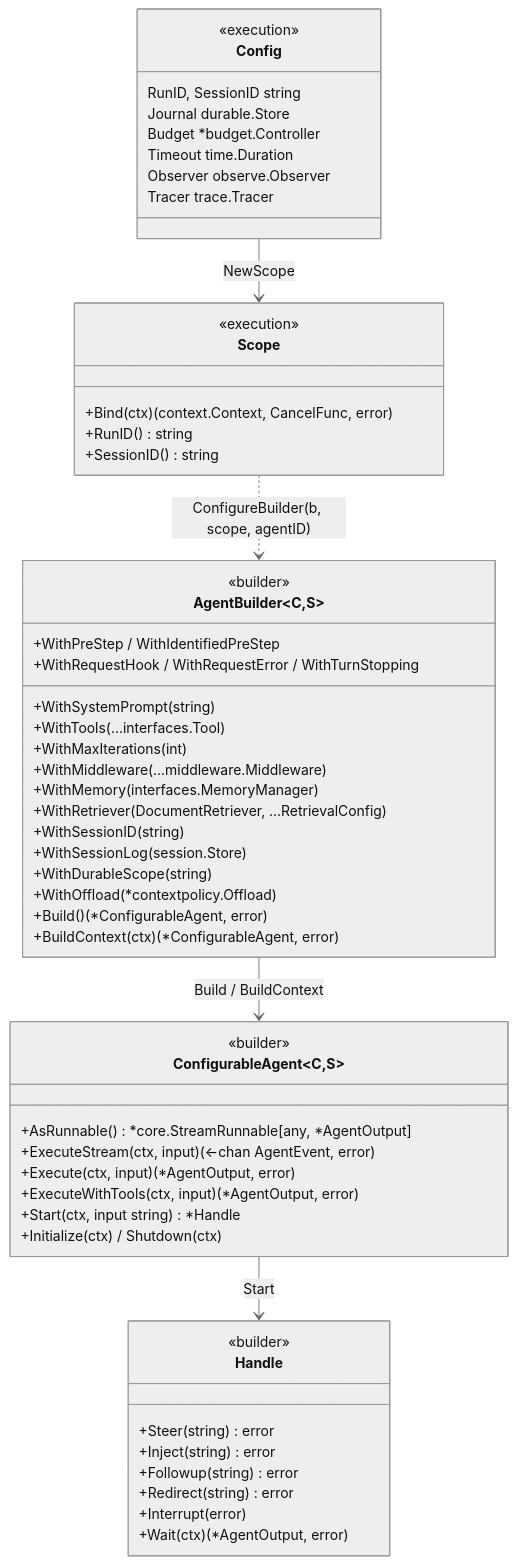
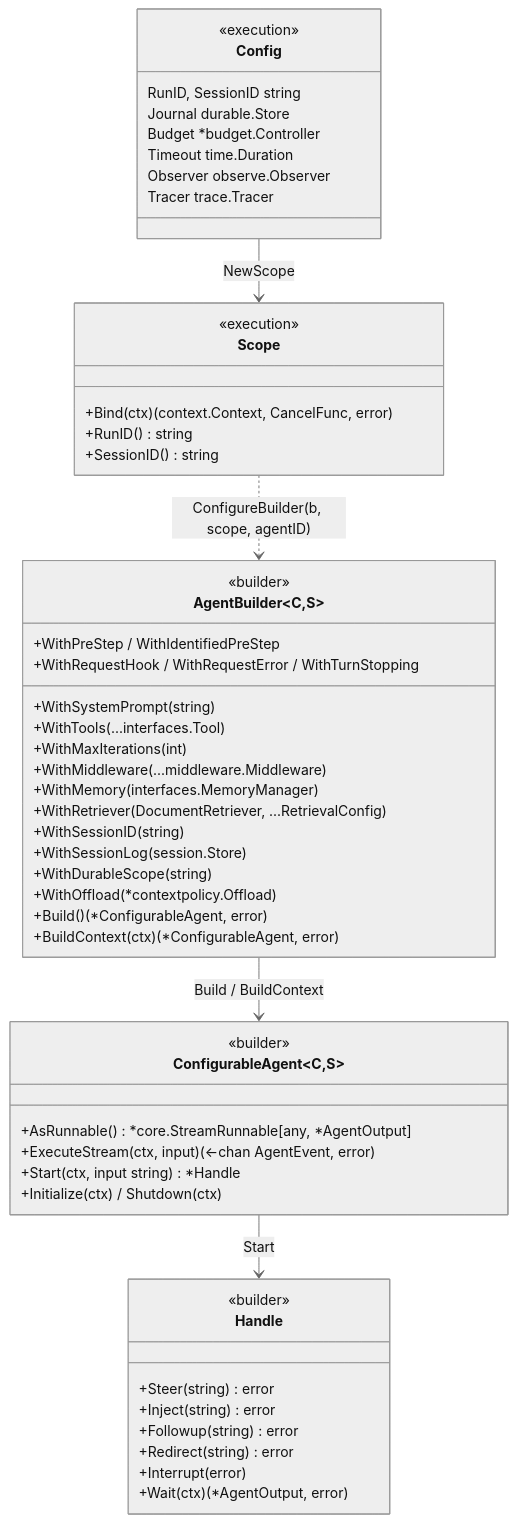
The first of 5 diagrams in docs/architecture/COMPONENT_DIAGRAM.md (kart-io/goagent), drawn with Mermaid (neutral theme) before and after one commit. The commit also changed other lines of this file and 99 other files, not shown here.

First line of the commit message:
refactor(builder)!: 下线 Execute、ExecuteWithTools 与旧工具调用接口

````diff
--- a/docs/architecture/COMPONENT_DIAGRAM.md
+++ b/docs/architecture/COMPONENT_DIAGRAM.md
@@ -7,57 +7,55 @@
 ```mermaid
 classDiagram
     class AgentBuilder~C,S~ {
         <<builder>>
         +WithSystemPrompt(string)
         +WithTools(...interfaces.Tool)
         +WithMaxIterations(int)
         +WithMiddleware(...middleware.Middleware)
         +WithMemory(interfaces.MemoryManager)
         +WithRetriever(DocumentRetriever, ...RetrievalConfig)
         +WithSessionID(string)
         +WithSessionLog(session.Store)
         +WithDurableScope(string)
         +WithPreStep / WithIdentifiedPreStep
         +WithRequestHook / WithRequestError / WithTurnStopping
         +WithOffload(*contextpolicy.Offload)
         +Build() (*ConfigurableAgent, error)
         +BuildContext(ctx) (*ConfigurableAgent, error)
     }
     class ConfigurableAgent~C,S~ {
         <<builder>>
         +AsRunnable() *core.StreamRunnable[any, *AgentOutput]
         +ExecuteStream(ctx, input) (<-chan AgentEvent, error)
-        +Execute(ctx, input) (*AgentOutput, error)
-        +ExecuteWithTools(ctx, input) (*AgentOutput, error)
         +Start(ctx, input string) *Handle
         +Initialize(ctx) / Shutdown(ctx)
     }
     class Handle {
         <<builder>>
         +Steer(string) error
         +Inject(string) error
         +Followup(string) error
         +Redirect(string) error
         +Interrupt(error)
         +Wait(ctx) (*AgentOutput, error)
     }
     class Scope {
         <<execution>>
         +Bind(ctx) (context.Context, CancelFunc, error)
         +RunID() string
         +SessionID() string
     }
     class Config {
         <<execution>>
         RunID, SessionID string
         Journal durable.Store
         Budget *budget.Controller
         Timeout time.Duration
         Observer observe.Observer
         Tracer trace.Tracer
     }
     AgentBuilder --> ConfigurableAgent : Build / BuildContext
     ConfigurableAgent --> Handle : Start
     Config --> Scope : NewScope
     Scope ..> AgentBuilder : ConfigureBuilder(b, scope, agentID)
 ```
````
